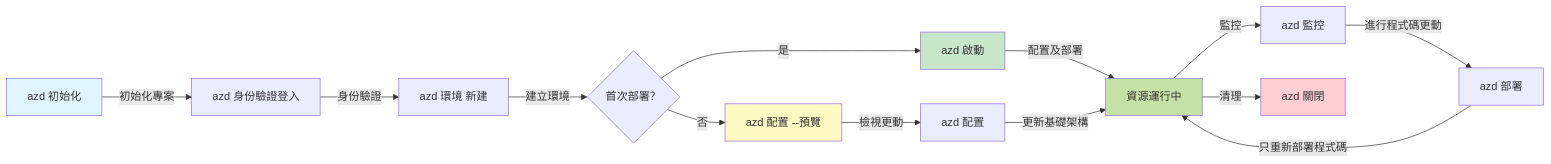
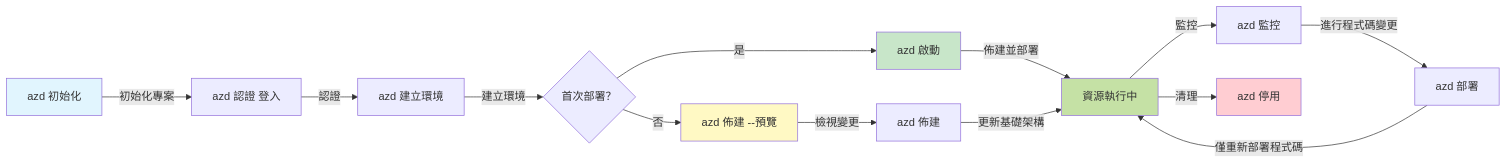
Before and after one commit to microsoft/AZD-for-beginners: the first of 2 diagrams in translations/zh-MO/docs/chapter-01-foundation/azd-basics.md, drawn with Mermaid. The commit also changed other lines of this file and 104 other files, not shown here.

````diff
--- a/translations/zh-MO/docs/chapter-01-foundation/azd-basics.md
+++ b/translations/zh-MO/docs/chapter-01-foundation/azd-basics.md
@@ -269,21 +269,21 @@
 ```mermaid
 graph LR
-    A[azd 初始化] -->|初始化專案| B[azd 身份驗證登入]
-    B -->|身份驗證| C[azd 環境 新建]
+    A[azd 初始化] -->|初始化專案| B[azd 認證 登入]
+    B -->|認證| C[azd 建立環境]
     C -->|建立環境| D{首次部署？}
     D -->|是| E[azd 啟動]
-    D -->|否| F[azd 配置 --預覽]
-    F -->|檢視更動| G[azd 配置]
-    E -->|配置及部署| H[資源運行中]
+    D -->|否| F[azd 佈建 --預覽]
+    F -->|檢視變更| G[azd 佈建]
+    E -->|佈建並部署| H[資源執行中]
     G -->|更新基礎架構| H
     H -->|監控| I[azd 監控]
-    I -->|進行程式碼更動| J[azd 部署]
-    J -->|只重新部署程式碼| H
-    H -->|清理| K[azd 關閉]
+    I -->|進行程式碼變更| J[azd 部署]
+    J -->|僅重新部署程式碼| H
+    H -->|清理| K[azd 停用]
     
     style A fill:#e1f5fe
     style E fill:#c8e6c9
     style F fill:#fff9c4
     style H fill:#c5e1a5
     style K fill:#ffcdd2
 ```
````
